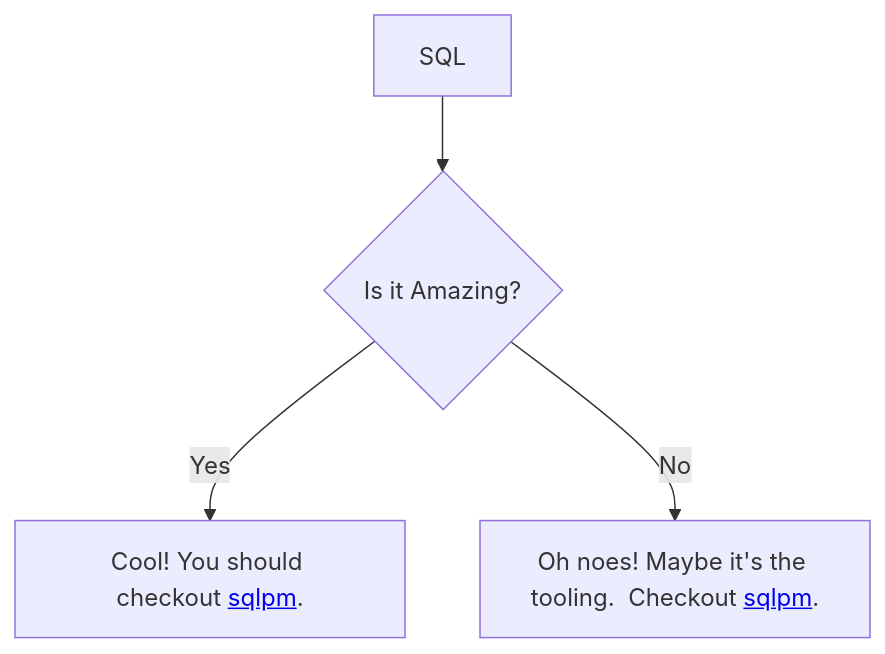
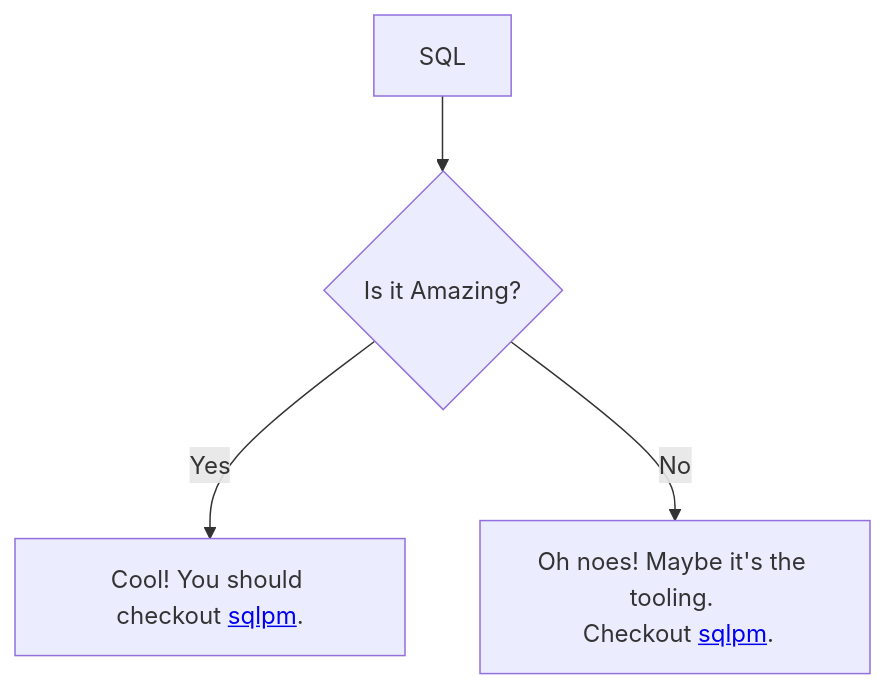
Before and after one commit to erichosick/erichosick: the diagram in README.md, drawn with Mermaid.

````diff
--- a/README.md
+++ b/README.md
@@ -3,6 +3,6 @@
 ```mermaid
 graph TD;
   A[SQL]-->B{Is it Amazing?};
   B -- Yes -->C[Cool! You should checkout <a href='https://github.com/erichosick/sqlpm/tree/main/packages/sqlpm'>sqlpm</a>.];
-  B -- No --> D[Oh noes! Maybe it's the tooling. <cr> Checkout <a href='https://github.com/erichosick/sqlpm/tree/main/packages/sqlpm'>sqlpm</a>.];
+  B -- No --> D[Oh noes! Maybe it's the tooling. <br /> Checkout <a href='https://github.com/erichosick/sqlpm/tree/main/packages/sqlpm'>sqlpm</a>.];
 ```
````
